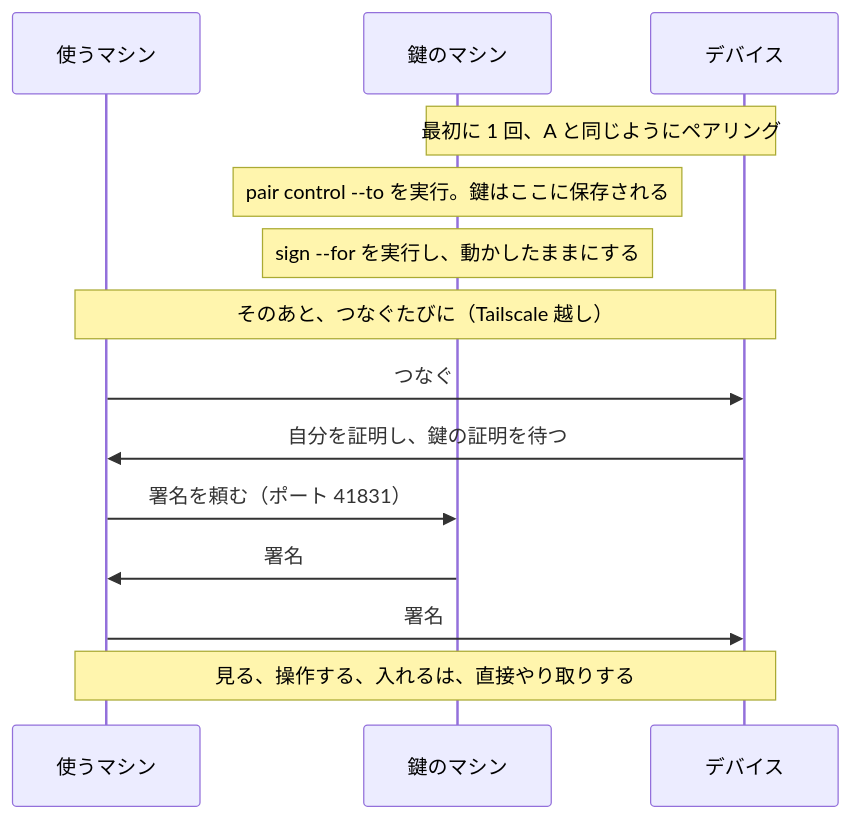
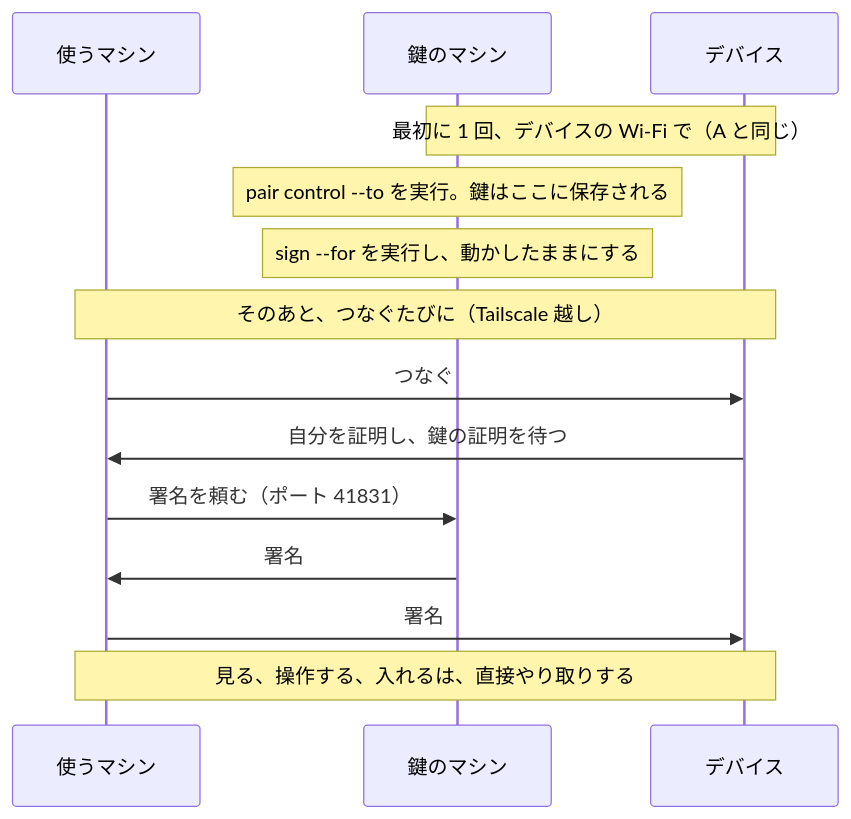
Before and after one commit to mh-mobile/RoamRun: the fourth of 4 diagrams in Rust/roamrunctl/README.ja.md, drawn with Mermaid. The commit also changed other lines of this file, not shown here.

````diff
--- a/Rust/roamrunctl/README.ja.md
+++ b/Rust/roamrunctl/README.ja.md
@@ -191,16 +191,16 @@
 ```mermaid
 sequenceDiagram
   participant U as 使うマシン
   participant K as 鍵のマシン
   participant D as デバイス
-  Note over K,D: 最初に 1 回、A と同じようにペアリング
+  Note over K,D: 最初に 1 回、デバイスの Wi-Fi で（A と同じ）
   Note over K: pair control --to を実行。鍵はここに保存される
   Note over K: sign --for を実行し、動かしたままにする
   Note over U,D: そのあと、つなぐたびに（Tailscale 越し）
   U->>D: つなぐ
   D->>U: 自分を証明し、鍵の証明を待つ
   U->>K: 署名を頼む（ポート 41831）
   K->>U: 署名
   U->>D: 署名
   Note over U,D: 見る、操作する、入れるは、直接やり取りする
 ```
````
